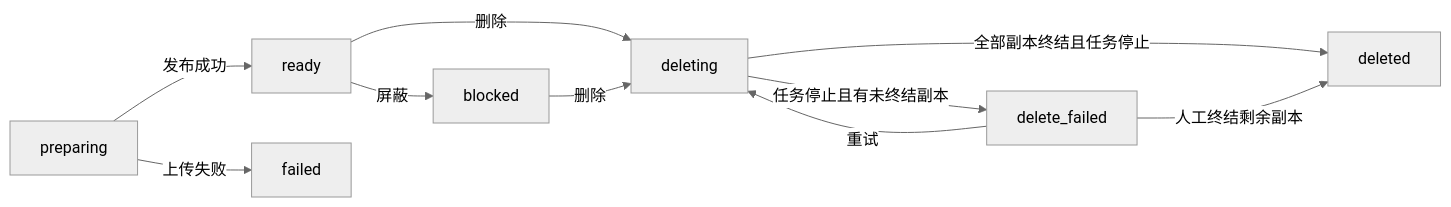
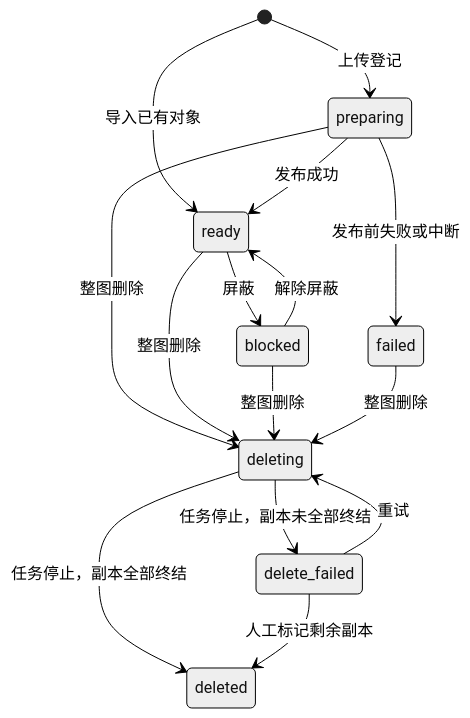
One commit to llleixx/picloom changed the first of 4 diagrams in docs/development/states.md. Above: the diagram before and after it, drawn with Mermaid (neutral theme). The commit also changed other lines of this file and 3 other files, not shown here.

````diff
--- a/docs/development/states.md
+++ b/docs/development/states.md
@@ -22,12 +29,17 @@
 ```mermaid
-flowchart LR
-  preparing[preparing] -->|发布成功| ready[ready]
-  preparing -->|上传失败| failed[failed]
-  ready -->|屏蔽| blocked[blocked]
-  ready -->|删除| deleting[deleting]
-  blocked -->|删除| deleting
-  deleting -->|任务停止且有未终结副本| delete_failed[delete_failed]
-  delete_failed -->|重试| deleting
-  deleting -->|全部副本终结且任务停止| deleted[deleted]
-  delete_failed -->|人工终结剩余副本| deleted
+stateDiagram-v2
+    [*] --> preparing: 上传登记
+    [*] --> ready: 导入已有对象
+    preparing --> ready: 发布成功
+    preparing --> failed: 发布前失败或中断
+    preparing --> deleting: 整图删除
+    ready --> blocked: 屏蔽
+    blocked --> ready: 解除屏蔽
+    ready --> deleting: 整图删除
+    blocked --> deleting: 整图删除
+    failed --> deleting: 整图删除
+    deleting --> delete_failed: 任务停止，副本未全部终结
+    deleting --> deleted: 任务停止，副本全部终结
+    delete_failed --> deleting: 重试
+    delete_failed --> deleted: 人工标记剩余副本
 ```
````
